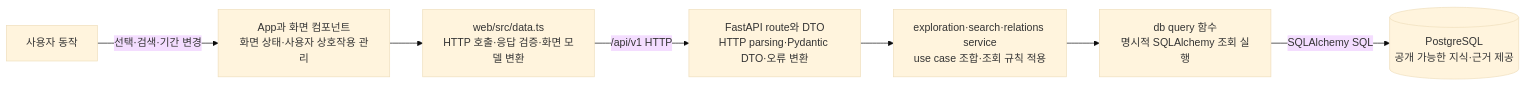
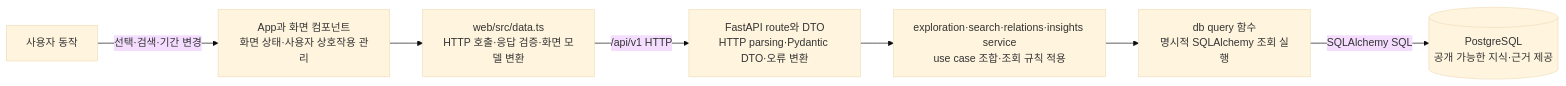
The third of 4 diagrams in docs/architecture/README.md (studylida/ontology-map), drawn with Mermaid (base theme) before and after one commit. The commit also changed other lines of this file and 10 other files, not shown here.

````diff
--- a/docs/architecture/README.md
+++ b/docs/architecture/README.md
@@ -63,11 +63,11 @@
 ```mermaid
 flowchart LR
     User[사용자 동작]
     App[App과 화면 컴포넌트<br/>화면 상태·사용자 상호작용 관리]
     Adapter[web/src/data.ts<br/>HTTP 호출·응답 검증·화면 모델 변환]
     Route[FastAPI route와 DTO<br/>HTTP parsing·Pydantic DTO·오류 변환]
-    Service[exploration·search·relations service<br/>use case 조합·조회 규칙 적용]
+    Service[exploration·search·relations·insights service<br/>use case 조합·조회 규칙 적용]
     Query[db query 함수<br/>명시적 SQLAlchemy 조회 실행]
     DB[(PostgreSQL<br/>공개 가능한 지식·근거 제공)]
     User -->|선택·검색·기간 변경| App --> Adapter -->|/api/v1 HTTP| Route --> Service --> Query -->|SQLAlchemy SQL| DB
 ```
````
